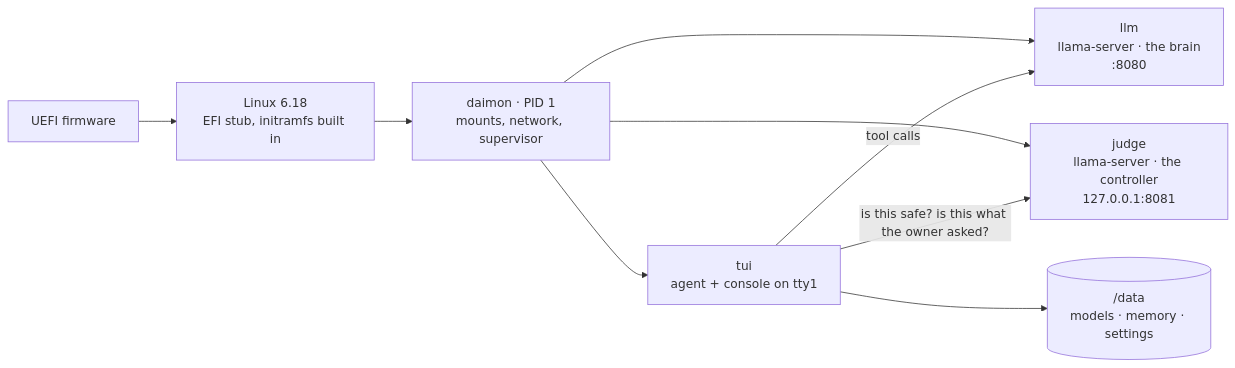
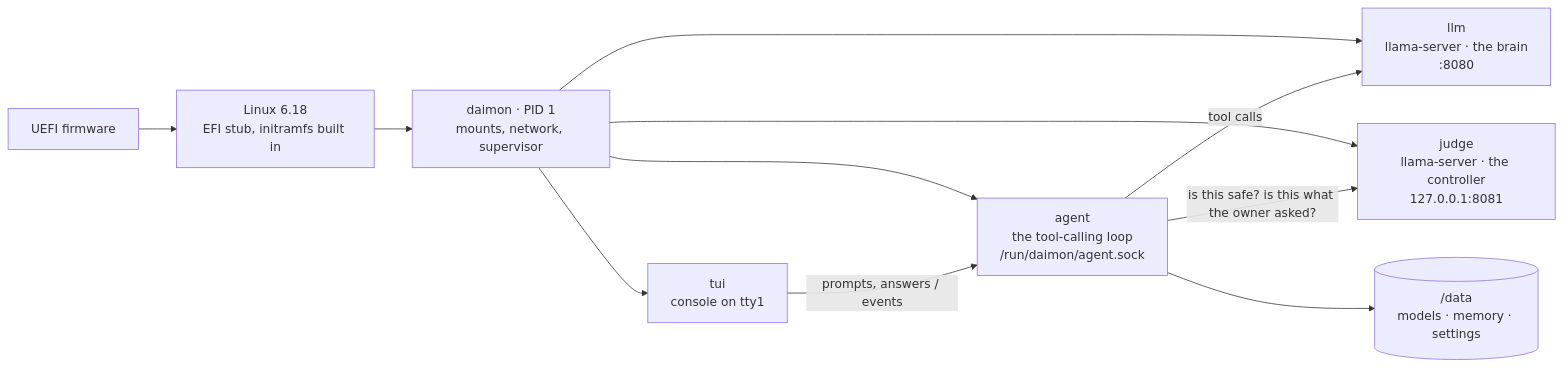
One commit to b-iurea/daimon changed the diagram in README.md. Above: the diagram before and after it, drawn with Mermaid. The commit also changed other lines of this file and 12 other files, not shown here.

First line of the commit message:
0.3.0 (wip): the agent as a service, the console as a window

````diff
--- a/README.md
+++ b/README.md
@@ -36,11 +36,13 @@
 ```mermaid
 flowchart LR
     FW[UEFI firmware] --> K[Linux 6.18<br/>EFI stub, initramfs built in]
     K --> I[daimon · PID 1<br/>mounts, network, supervisor]
     I --> LLM[llm<br/>llama-server · the brain<br/>:8080]
     I --> J[judge<br/>llama-server · the controller<br/>127.0.0.1:8081]
-    I --> T[tui<br/>agent + console on tty1]
-    T -- tool calls --> LLM
-    T -- "is this safe? is this what the owner asked?" --> J
-    T --> D[(/data<br/>models · memory · settings)]
+    I --> A[agent<br/>the tool-calling loop<br/>/run/daimon/agent.sock]
+    I --> T[tui<br/>console on tty1]
+    T -- "prompts, answers / events" --> A
+    A -- tool calls --> LLM
+    A -- "is this safe? is this what the owner asked?" --> J
+    A --> D[(/data<br/>models · memory · settings)]
 ```
````
